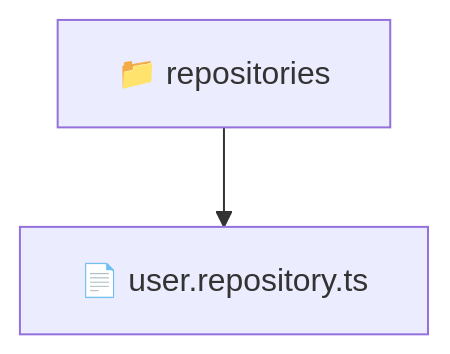
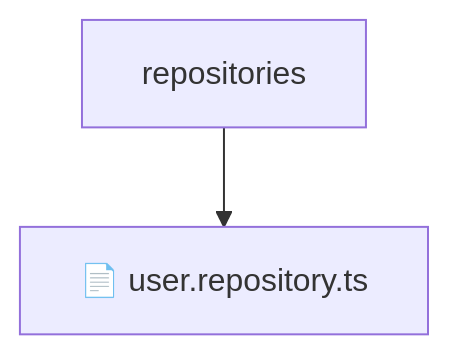
One commit to beginwebdev2002/fullstack-mavluda changed the diagram in backend/src/modules/user/infrastructure/repositories/README.md. Above: the diagram before and after it, drawn with Mermaid. The commit also changed other lines of this file and 155 other files, not shown here.

````diff
--- a/backend/src/modules/user/infrastructure/repositories/README.md
+++ b/backend/src/modules/user/infrastructure/repositories/README.md
@@ -10,5 +14,5 @@
 ```mermaid
 graph TD
-  Root["📁 repositories"]
-  Root --> userrepositoryts["📄 user.repository.ts"]
+    Root[repositories]
+    Root --> F0[📄 user.repository.ts]
 ```
````
